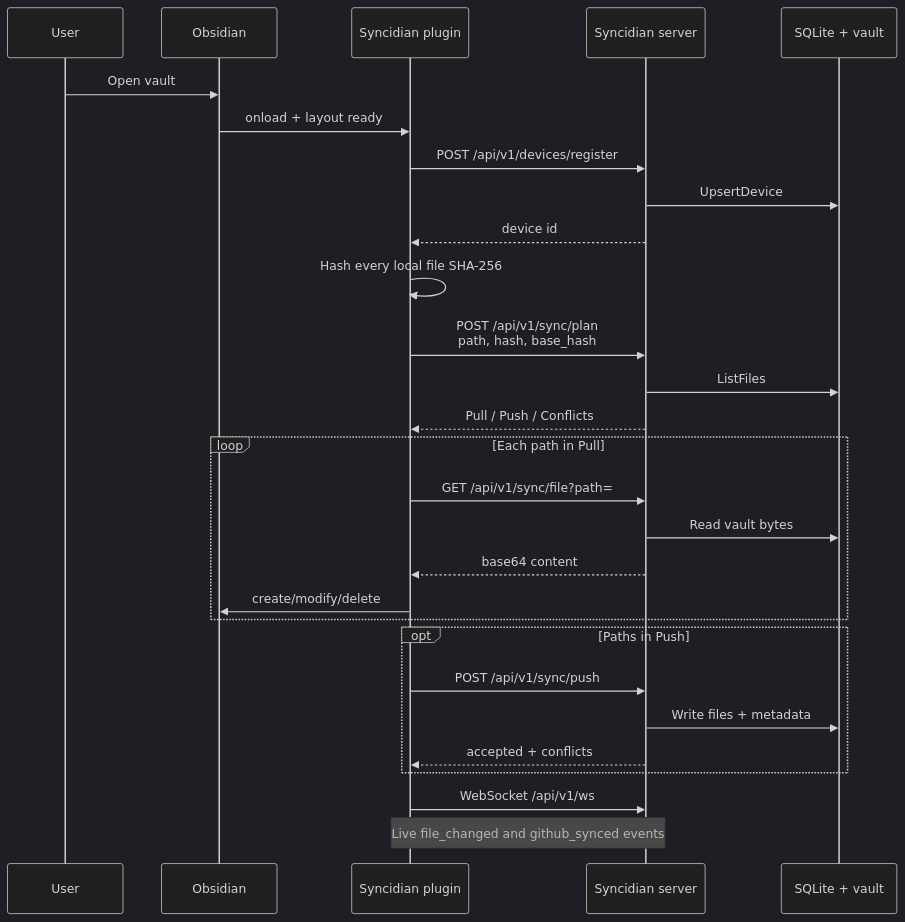
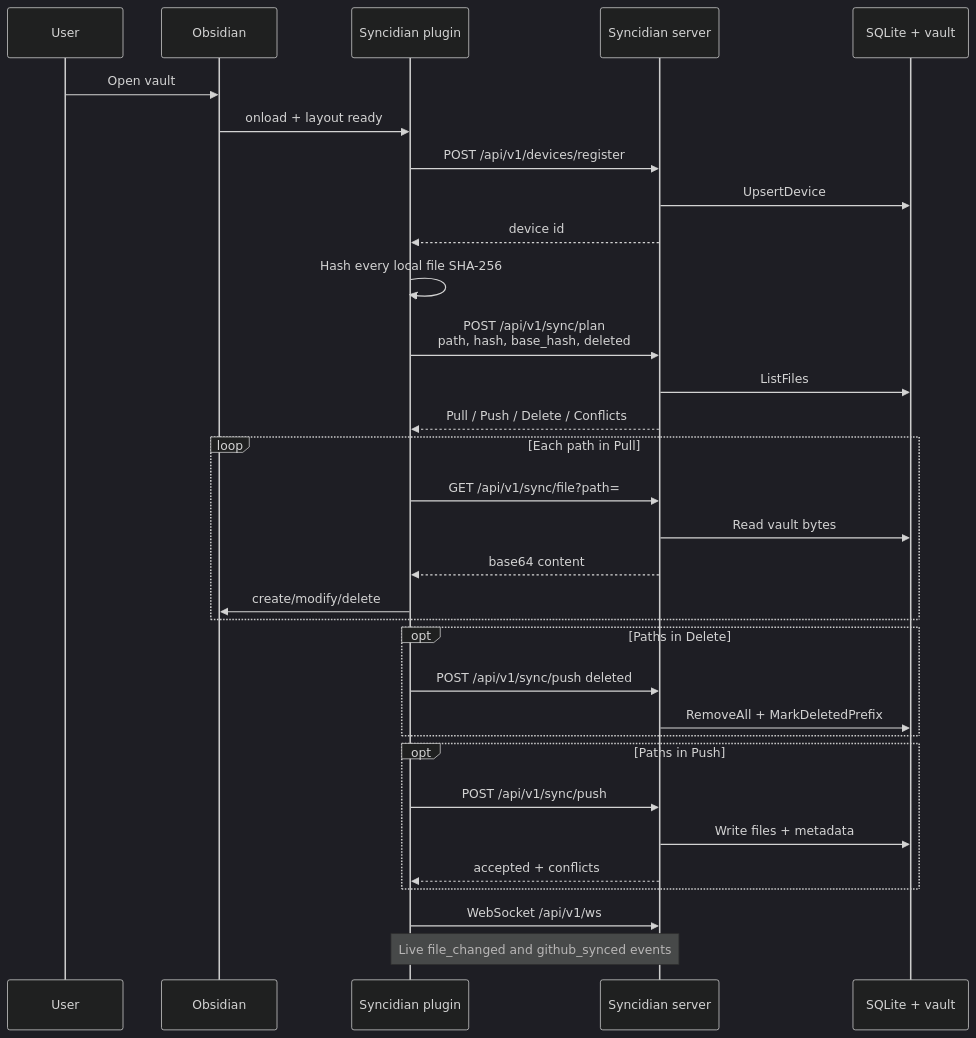
One commit to shangeethsivan/Syncidian changed the fifth of 13 diagrams in docs/architecture.md. Above: the diagram before and after it, drawn with Mermaid (dark theme). The commit also changed other lines of this file and 11 other files, not shown here.

````diff
--- a/docs/architecture.md
+++ b/docs/architecture.md
@@ -157,35 +157,40 @@
 ```mermaid
 sequenceDiagram
   participant User
   participant Obsidian
   participant Plugin as Syncidian plugin
   participant API as Syncidian server
   participant DB as SQLite + vault
 
   User->>Obsidian: Open vault
   Obsidian->>Plugin: onload + layout ready
   Plugin->>API: POST /api/v1/devices/register
   API->>DB: UpsertDevice
   API-->>Plugin: device id
 
   Plugin->>Plugin: Hash every local file SHA-256
-  Plugin->>API: POST /api/v1/sync/plan<br/>path, hash, base_hash
+  Plugin->>API: POST /api/v1/sync/plan<br/>path, hash, base_hash, deleted
   API->>DB: ListFiles
-  API-->>Plugin: Pull / Push / Conflicts
+  API-->>Plugin: Pull / Push / Delete / Conflicts
 
   loop Each path in Pull
     Plugin->>API: GET /api/v1/sync/file?path=
     API->>DB: Read vault bytes
     API-->>Plugin: base64 content
     Plugin->>Obsidian: create/modify/delete
+  end
+
+  opt Paths in Delete
+    Plugin->>API: POST /api/v1/sync/push deleted
+    API->>DB: RemoveAll + MarkDeletedPrefix
   end
 
   opt Paths in Push
     Plugin->>API: POST /api/v1/sync/push
     API->>DB: Write files + metadata
     API-->>Plugin: accepted + conflicts
   end
 
   Plugin->>API: WebSocket /api/v1/ws
   Note over Plugin,API: Live file_changed and github_synced events
 ```
````
